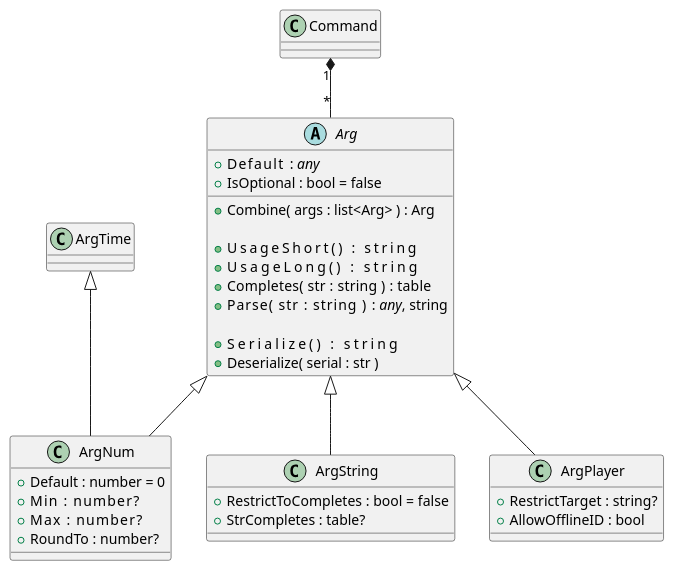
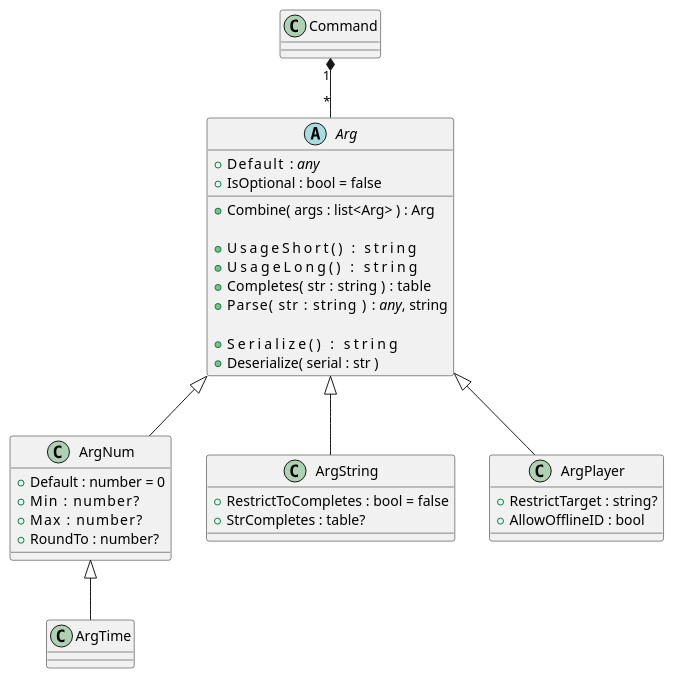
Before and after one commit to TeamUlysses/ulx4: the diagram in doc/uml/arguments.iuml, drawn with PlantUML. The commit also changed 5 other files, not shown here.

```diff
--- a/doc/uml/arguments.iuml
+++ b/doc/uml/arguments.iuml
@@ -1,43 +1,43 @@
 @startuml
 abstract class Arg {
 	+Default    : //any//
 	+IsOptional : bool = false
 
 	+Combine( args : list<Arg> ) : Arg
 
 	+UsageShort()                : string
 	+UsageLong()                 : string
 	+Completes( str : string )   : table
 	+Parse( str : string )       : //any//, string
 
 	+Serialize()                 : string
 	+Deserialize( serial : str )
 }
 
 class ArgNum {
 	+Default : number = 0
 	+Min     : number?
 	+Max     : number?
 	+RoundTo : number?
 }
 
 class ArgTime {
 }
 
 class ArgString {
 	+RestrictToCompletes : bool = false
 	+StrCompletes : table?
 }
 
 class ArgPlayer {
 	+RestrictTarget : string?
 	+AllowOfflineID : bool
 }
 
 Command "1" *-- "*" Arg
 
 Arg <|-- ArgNum
-ArgTime <|-- ArgNum
+ArgNum <|-- ArgTime
 Arg <|-- ArgString
 Arg <|-- ArgPlayer
 @enduml
```
